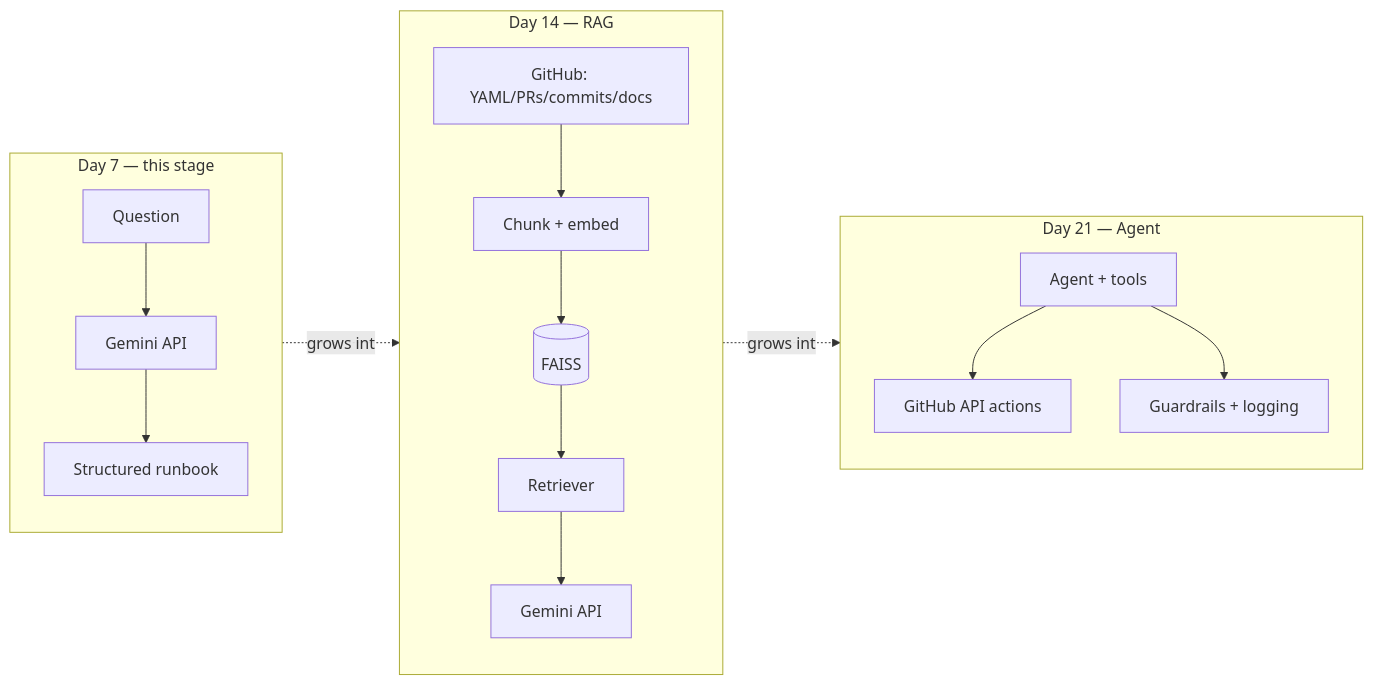
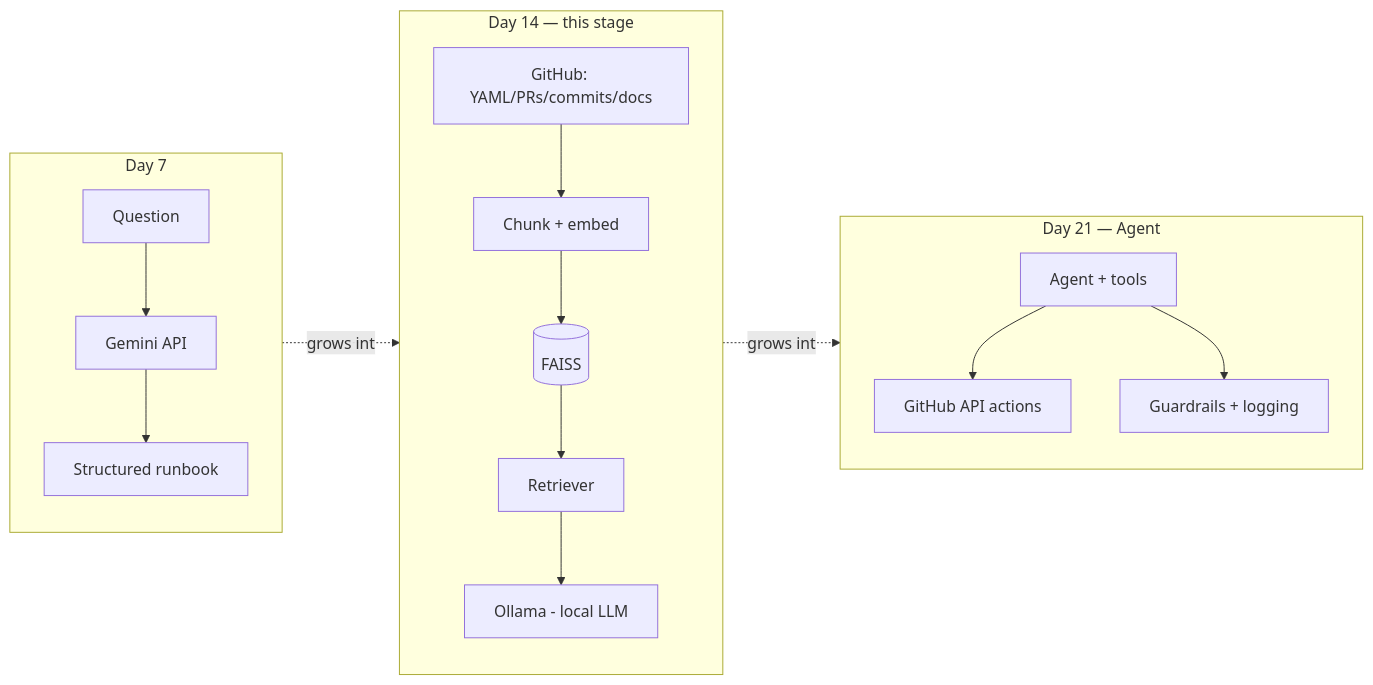
One commit to saghosh8/ai-devops-release-assistant changed the diagram in README.md. Above: the diagram before and after it, drawn with Mermaid. The commit also changed other lines of this file, not shown here.

````diff
--- a/README.md
+++ b/README.md
@@ -24,18 +25,18 @@
 ```mermaid
 flowchart LR
-    subgraph D7["Day 7 — this stage"]
+    subgraph D7["Day 7"]
         A[Question] --> B[Gemini API]
         B --> C[Structured runbook]
     end
-    subgraph D14["Day 14 — RAG"]
+    subgraph D14["Day 14 — this stage"]
         D[GitHub: YAML/PRs/commits/docs] --> E[Chunk + embed]
         E --> F[(FAISS)]
         F --> G[Retriever]
-        G --> H[Gemini API]
+        G --> H[Ollama - local LLM]
     end
     subgraph D21["Day 21 — Agent"]
         I[Agent + tools] --> J[GitHub API actions]
         I --> K[Guardrails + logging]
     end
     D7 -.grows into.-> D14 -.grows into.-> D21
 ```
````
